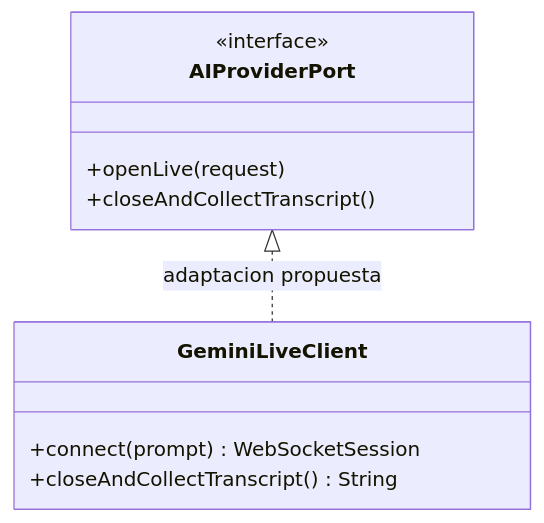
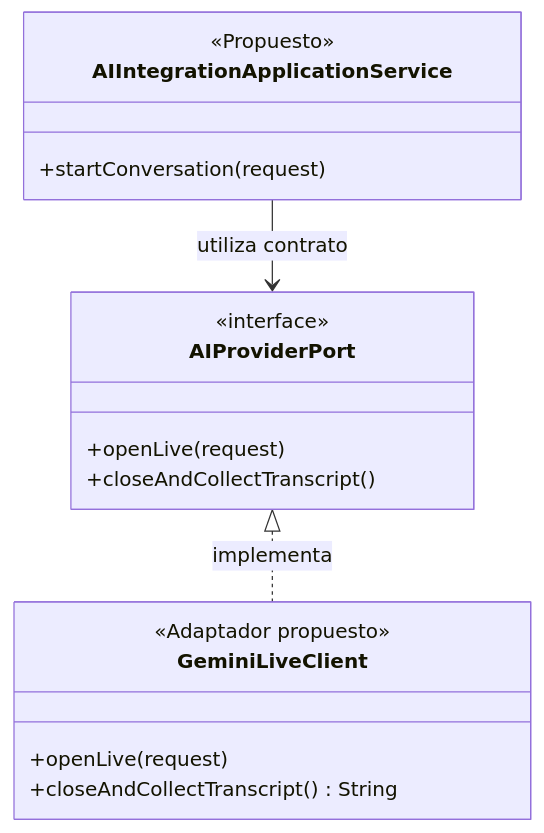
One commit to upc-pre-202620-si728-16365-thropic/talki-project-report changed the diagram in assets/diagrams/tactical/09-ai-provider-gateway-classes.mmd. Above: the diagram before and after it, drawn with Mermaid. The commit also changed 33 other files, not shown here.

Commit message:
docs: retirar fuentes editables y alinear texto y diagramas

```diff
--- a/assets/diagrams/tactical/09-ai-provider-gateway-classes.mmd
+++ b/assets/diagrams/tactical/09-ai-provider-gateway-classes.mmd
@@ -1,11 +1,17 @@
 classDiagram
+class AIIntegrationApplicationService {
+  <<Propuesto>>
+  +startConversation(request)
+}
 class AIProviderPort {
   <<interface>>
   +openLive(request)
   +closeAndCollectTranscript()
 }
 class GeminiLiveClient {
-  +connect(prompt) WebSocketSession
+  <<Adaptador propuesto>>
+  +openLive(request)
   +closeAndCollectTranscript() String
 }
-AIProviderPort <|.. GeminiLiveClient : adaptacion propuesta
+AIIntegrationApplicationService --> AIProviderPort : utiliza contrato
+AIProviderPort <|.. GeminiLiveClient : implementa
```
